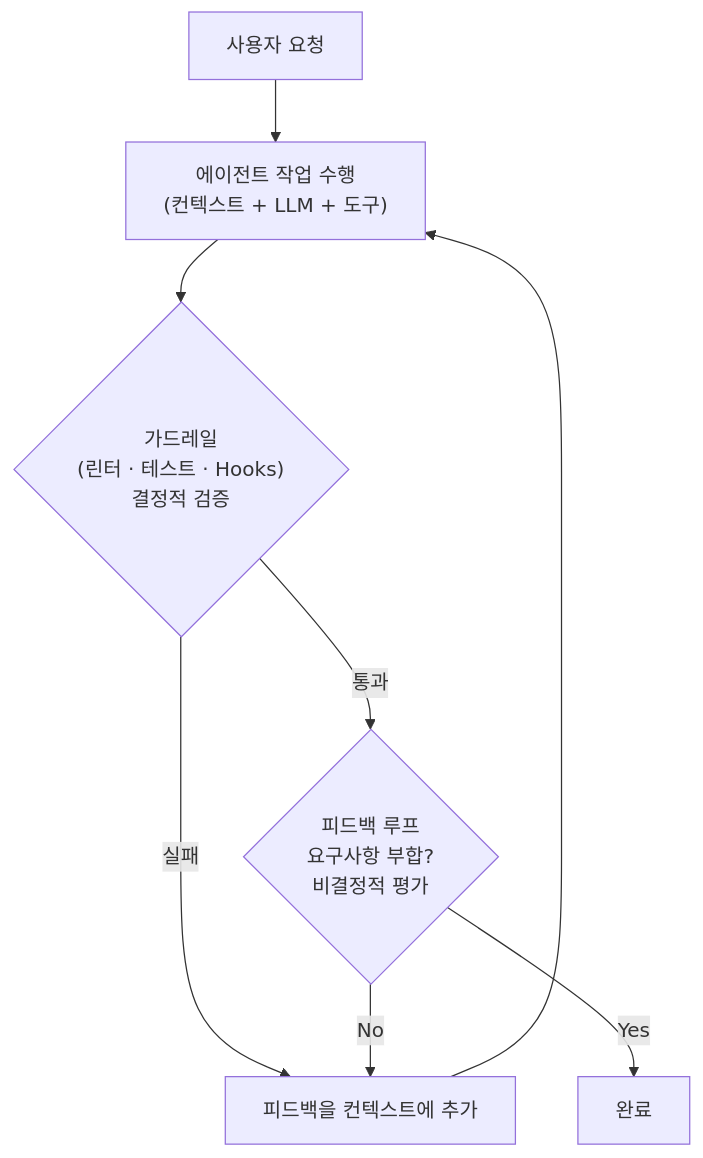
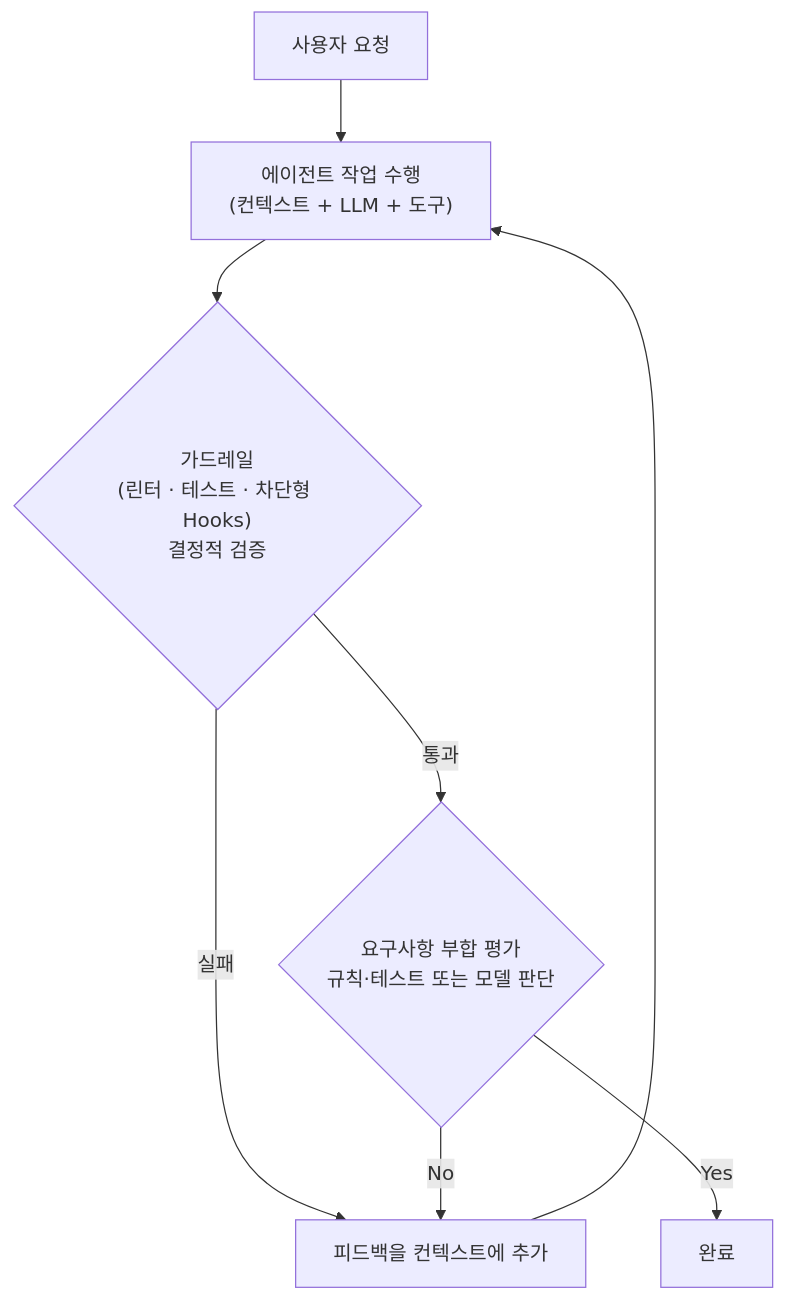
One commit to haandol/haandol.github.com changed the sixth of 9 diagrams in _posts/2026-06-16-harness-engineering-in-practice.md. Above: the diagram before and after it, drawn with Mermaid. The commit also changed other lines of this file and 1 other file, not shown here.

````diff
--- a/_posts/2026-06-16-harness-engineering-in-practice.md
+++ b/_posts/2026-06-16-harness-engineering-in-practice.md
@@ -355,10 +305,10 @@
 ```mermaid
 flowchart TB
     REQ["사용자 요청"] --> WORK["에이전트 작업 수행<br/>(컨텍스트 + LLM + 도구)"]
-    WORK --> GR{"가드레일<br/>(린터 · 테스트 · Hooks)<br/>결정적 검증"}
+    WORK --> GR{"가드레일<br/>(린터 · 테스트 · 차단형 Hooks)<br/>결정적 검증"}
     GR -->|실패| FB["피드백을 컨텍스트에 추가"]
-    GR -->|통과| FL{"피드백 루프<br/>요구사항 부합?<br/>비결정적 평가"}
+    GR -->|통과| FL{"요구사항 부합 평가<br/>규칙·테스트 또는 모델 판단"}
     FL -->|No| FB
     FB --> WORK
     FL -->|Yes| DONE["완료"]
 ```
````
